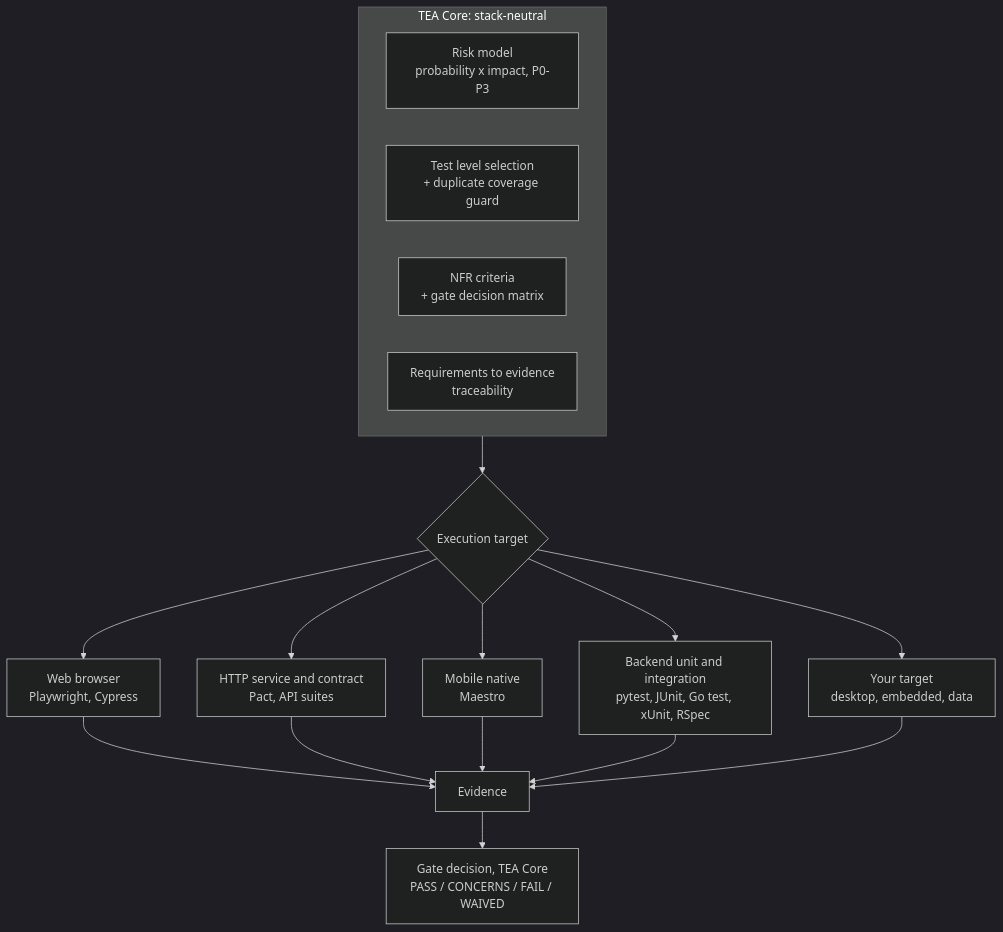
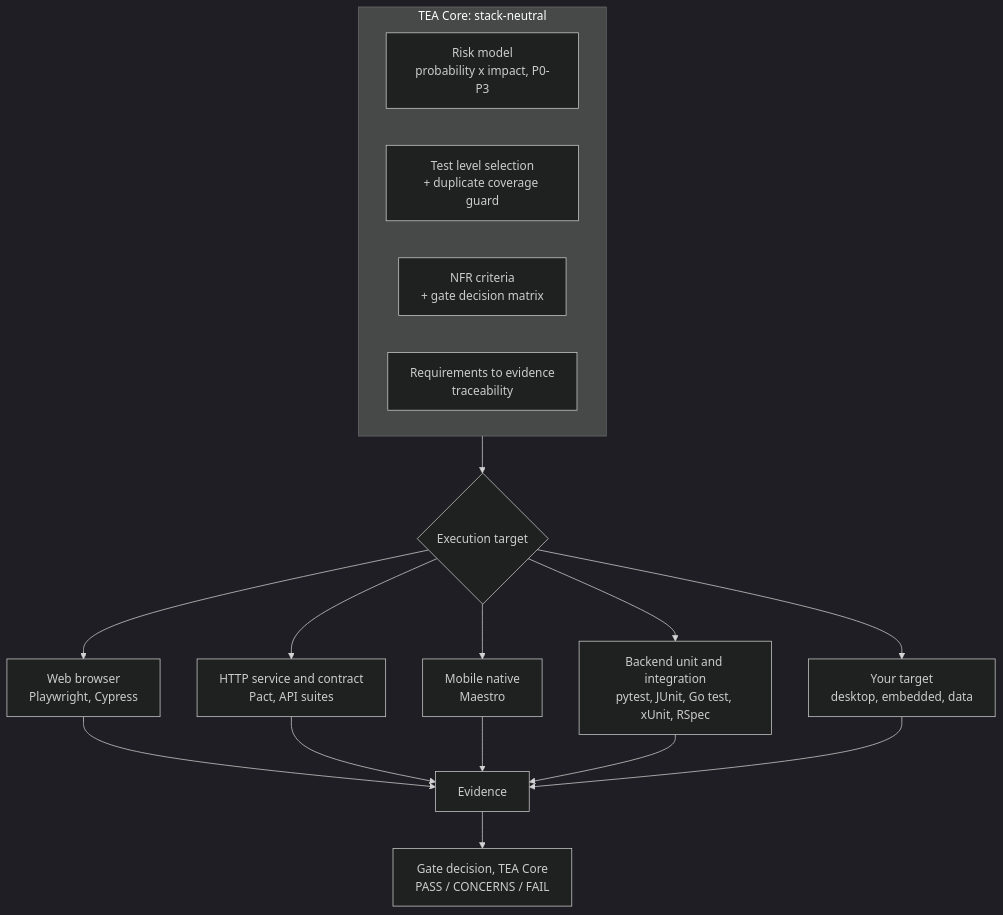
One commit to bmad-code-org/bmad-method-test-architecture-enterprise changed the diagram in docs/explanation/verification-architecture.md. Above: the diagram before and after it, drawn with Mermaid (dark theme). The commit also changed other lines of this file and 96 other files, not shown here.

````diff
--- a/docs/explanation/verification-architecture.md
+++ b/docs/explanation/verification-architecture.md
@@ -16,21 +19,21 @@
 ```mermaid
 flowchart TB
   subgraph CORE["TEA Core: stack-neutral"]
     R[Risk model<br/>probability x impact, P0-P3]
     L[Test level selection<br/>+ duplicate coverage guard]
     N[NFR criteria<br/>+ gate decision matrix]
     T[Requirements to evidence<br/>traceability]
   end
   CORE --> X{Execution target}
   X --> W[Web browser<br/>Playwright, Cypress]
   X --> A[HTTP service and contract<br/>Pact, API suites]
   X --> M[Mobile native<br/>Maestro]
   X --> B[Backend unit and integration<br/>pytest, JUnit, Go test, xUnit, RSpec]
   X --> O[Your target<br/>desktop, embedded, data]
   W --> E[Evidence]
   A --> E
   M --> E
   B --> E
   O --> E
-  E --> G[Gate decision, TEA Core<br/>PASS / CONCERNS / FAIL / WAIVED]
+  E --> G[Gate decision, TEA Core<br/>PASS / CONCERNS / FAIL]
 ```
````
